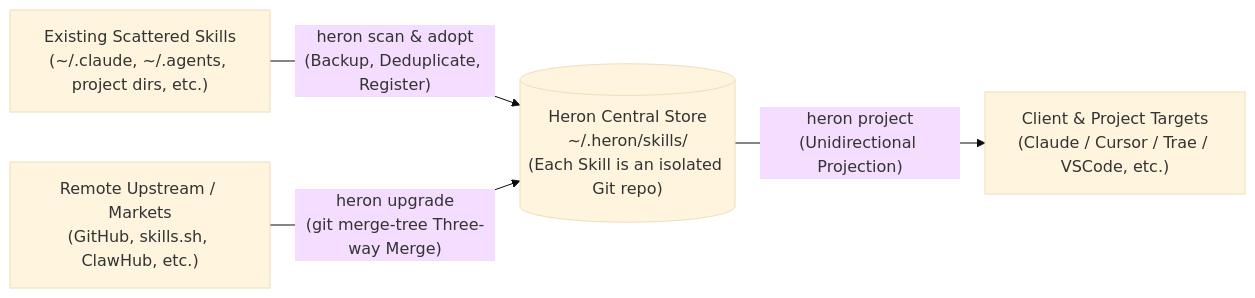
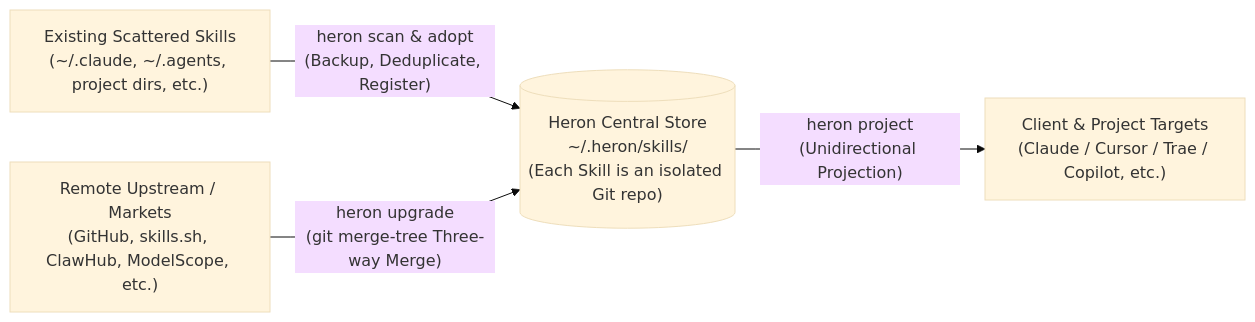
Before and after one commit to v5note/heron: the first of 2 diagrams in README.md, drawn with Mermaid (base theme). The commit also changed other lines of this file and 28 other files, not shown here.

````diff
--- a/README.md
+++ b/README.md
@@ -74,6 +85,6 @@
 ```mermaid
 flowchart LR
     A["Existing Scattered Skills<br/>(~/.claude, ~/.agents, project dirs, etc.)"] -->|"heron scan & adopt<br/>(Backup, Deduplicate, Register)"| B[("Heron Central Store<br/>~/.heron/skills/<br/>(Each Skill is an isolated Git repo)")]
-    B -->|"heron project<br/>(Unidirectional Projection)"| C["Client & Project Targets<br/>(Claude / Cursor / Trae / VSCode, etc.)"]
-    D["Remote Upstream / Markets<br/>(GitHub, skills.sh, ClawHub, etc.)"] -->|"heron upgrade<br/>(git merge-tree Three-way Merge)"| B
+    B -->|"heron project<br/>(Unidirectional Projection)"| C["Client & Project Targets<br/>(Claude / Cursor / Trae / Copilot, etc.)"]
+    D["Remote Upstream / Markets<br/>(GitHub, skills.sh, ClawHub, ModelScope, etc.)"] -->|"heron upgrade<br/>(git merge-tree Three-way Merge)"| B
 ```
````
